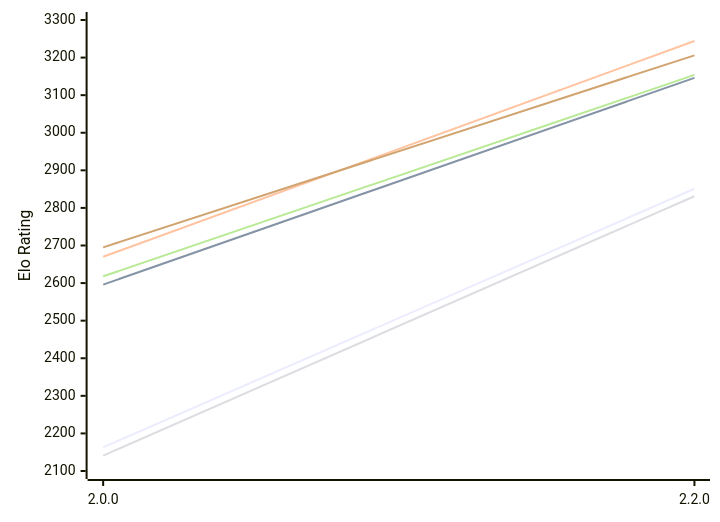
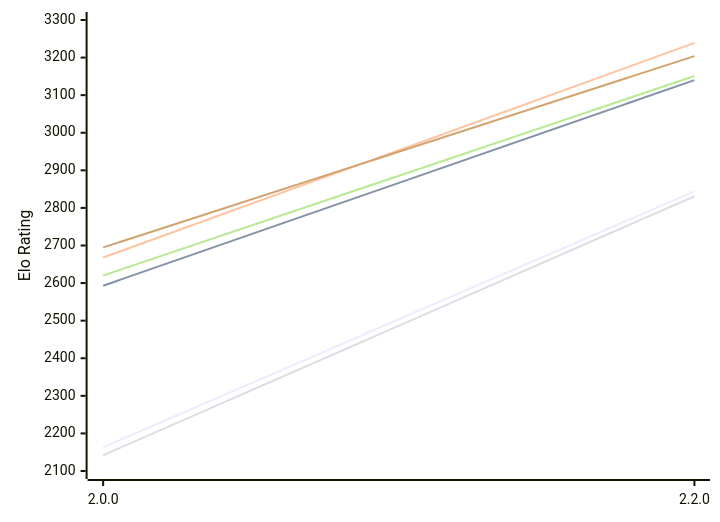
One commit to computer-chess-index/cci changed the first of 2 diagrams in engines/SoloEngine.md. Above: the diagram before and after it, drawn with Mermaid. The commit also changed other lines of this file, not shown here.

Commit message:
Update CCI Ratings (ELO VLTC) - 2026-11-26

````diff
--- a/engines/SoloEngine.md
+++ b/engines/SoloEngine.md
@@ -55,12 +55,12 @@
 ```mermaid
 %%{init: {"theme":"base","themeVariables":{"seriesColors:['#a3a3a3','#222221','#faa371']}}}%%
 xychart-beta
   x-axis ["2.0.0", "2.2.0"]
   y-axis "Elo Rating" 2100 --> 3300
-  line "E1: STC (8.0+0.08s)" [2163, 2851]
-  line "E1: LTC (60.0+0.60s)" [2596, 3146]
-  line "E1: VLTC (2m24s+1.12s)" [2670, 3244]
-  line "P1: STC (8.0+0.08s)" [2141, 2831]
-  line "P1: LTC (60.0+0.60s)" [2618, 3154]
-  line "P1: VLTC (2m24s+1.12s)" [2695, 3206]
+  line "E1: STC (8.0+0.08s)" [2163, 2844]
+  line "E1: LTC (60.0+0.60s)" [2593, 3140]
+  line "E1: VLTC (2m24s+1.12s)" [2668, 3239]
+  line "P1: STC (8.0+0.08s)" [2142, 2831]
+  line "P1: LTC (60.0+0.60s)" [2620, 3151]
+  line "P1: VLTC (2m24s+1.12s)" [2695, 3204]
 ```
````
